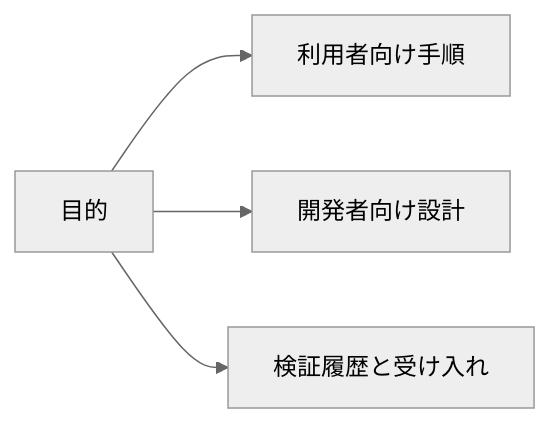
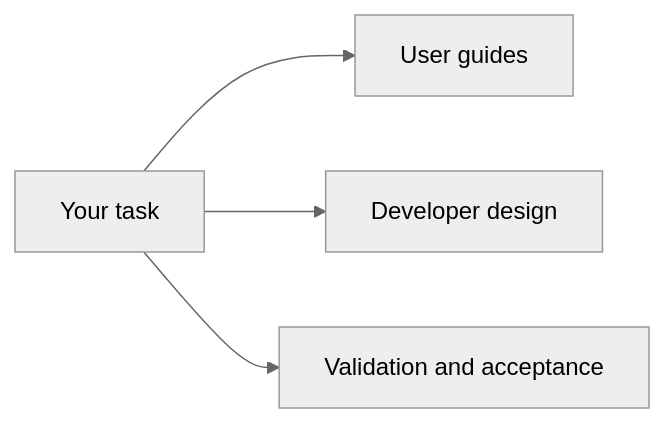
The diagram in docs/index.md (zabaglione/ViewWeave), drawn with Mermaid (neutral theme) before and after one commit. The commit also changed other lines of this file and 68 other files, not shown here.

````diff
--- a/docs/index.md
+++ b/docs/index.md
@@ -7,6 +7,6 @@
 ```mermaid
 flowchart LR
-    Need["目的"] --> User["利用者向け手順"]
-    Need --> Dev["開発者向け設計"]
-    Need --> Evidence["検証履歴と受け入れ"]
+    Need["Your task"] --> User["User guides"]
+    Need --> Dev["Developer design"]
+    Need --> Evidence["Validation and acceptance"]
 ```
````
